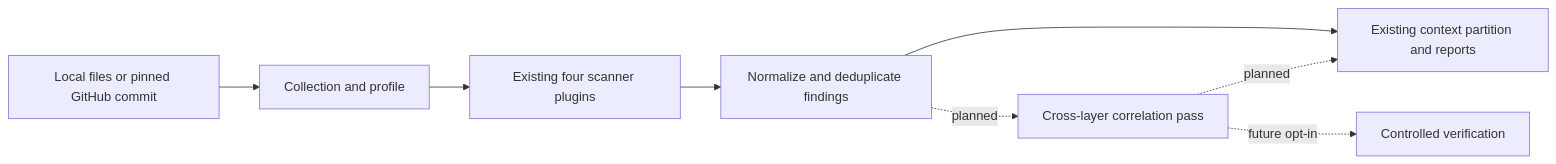
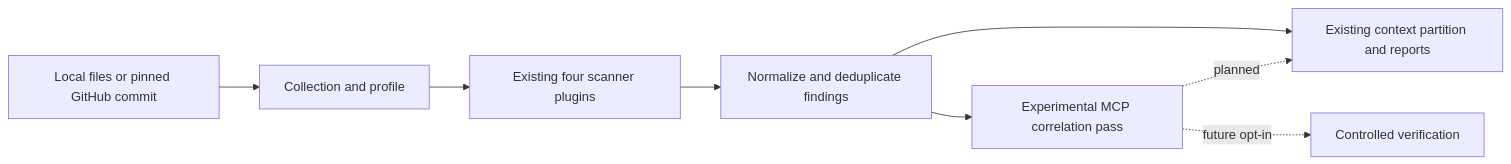
The diagram in docs/PLATFORM.md (spideyctf/theron), drawn with Mermaid before and after one commit. The commit also changed other lines of this file and 22 other files, not shown here.

Commit message:
Connect MCP declarations to static flow evidence across reports and UI

````diff
--- a/docs/PLATFORM.md
+++ b/docs/PLATFORM.md
@@ -21,10 +21,10 @@
 ```mermaid
 flowchart LR
     A[Local files or pinned GitHub commit] --> B[Collection and profile]
     B --> C[Existing four scanner plugins]
     C --> D[Normalize and deduplicate findings]
     D --> E[Existing context partition and reports]
-    D -. planned .-> F[Cross-layer correlation pass]
+    D --> F[Experimental MCP correlation pass]
     F -. planned .-> E
     F -. future opt-in .-> G[Controlled verification]
 ```
````
